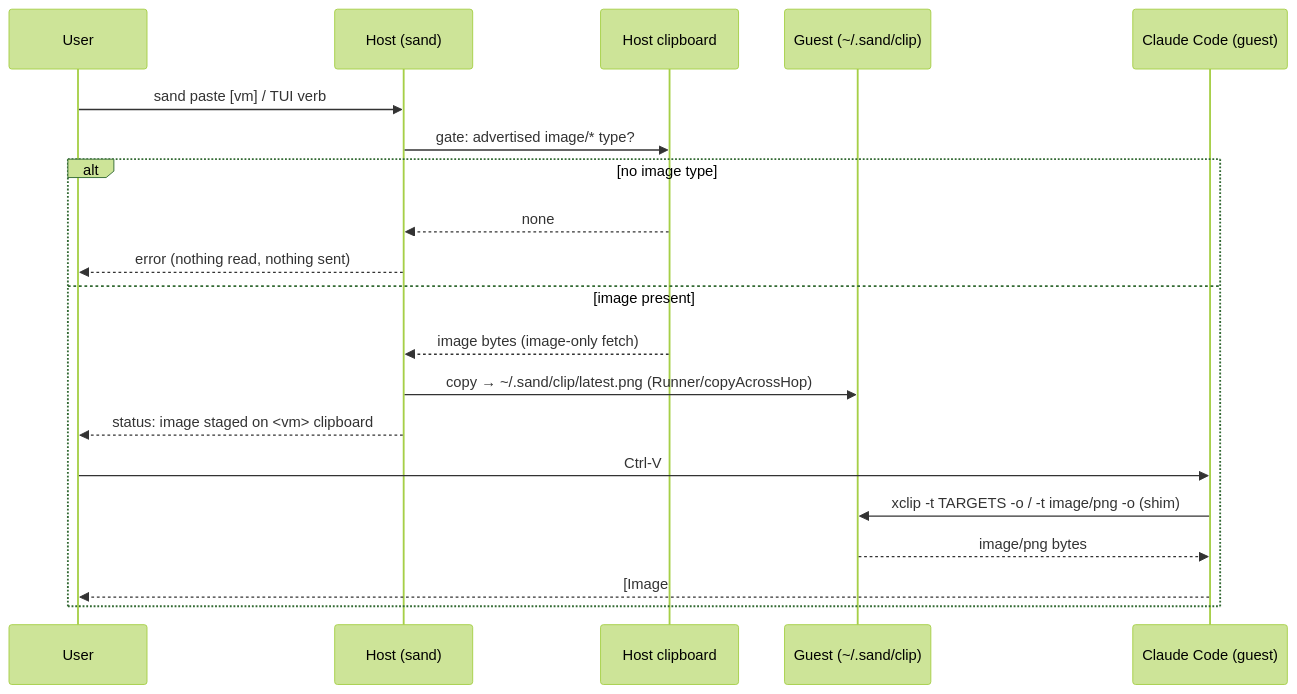
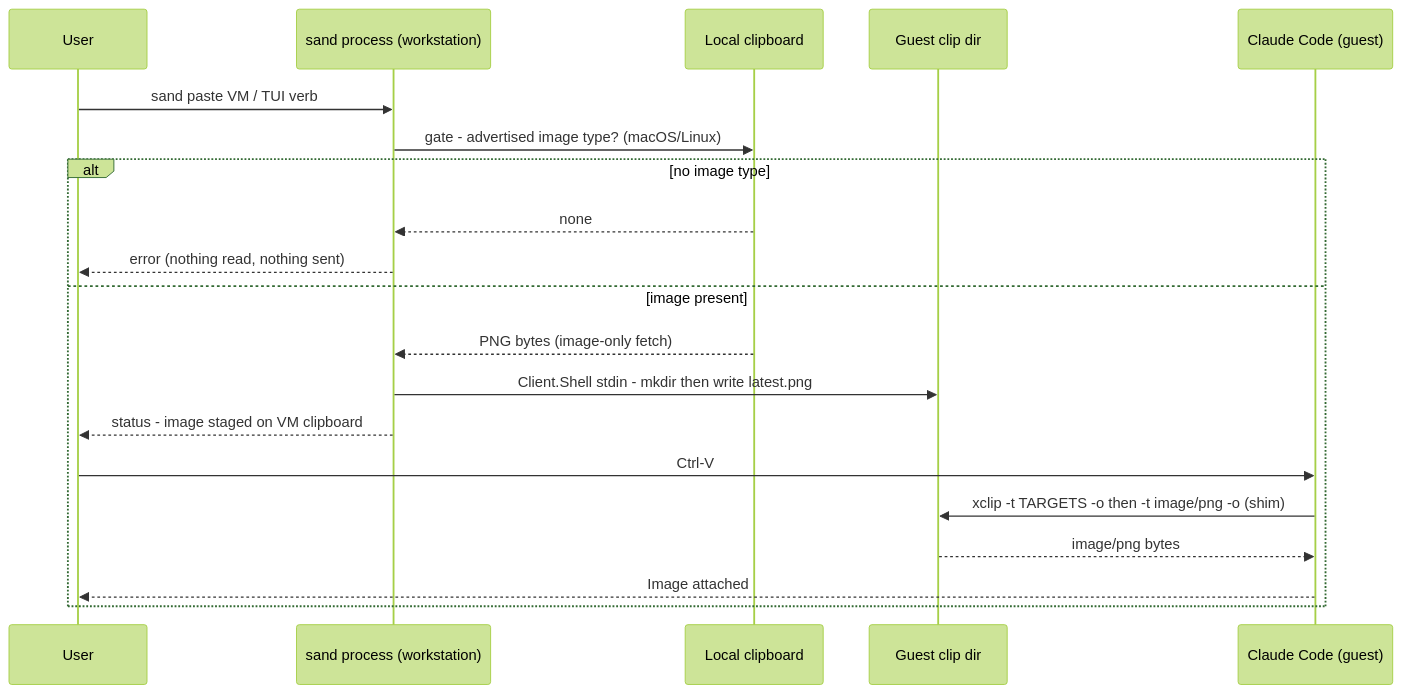
One commit to Lullabot/sandbar changed the diagram in .ai/strikethroo/plans/17--sand-paste-guest-clipboard/plan-17--sand-paste-guest-clipboard.md. Above: the diagram before and after it, drawn with Mermaid (forest theme). The commit also changed other lines of this file, not shown here.

First line of the commit message:
docs(plan): refine plan 17 — correct VM resolution, delivery, host scope

````diff
--- a/.ai/strikethroo/plans/17--sand-paste-guest-clipboard/plan-17--sand-paste-guest-clipboard.md
+++ b/.ai/strikethroo/plans/17--sand-paste-guest-clipboard/plan-17--sand-paste-guest-clipboard.md
@@ -135,22 +154,22 @@
 ```mermaid
 sequenceDiagram
     participant U as User
-    participant H as Host (sand)
-    participant HC as Host clipboard
-    participant G as Guest (~/.sand/clip)
+    participant H as sand process (workstation)
+    participant HC as Local clipboard
+    participant G as Guest clip dir
     participant CC as Claude Code (guest)
-    U->>H: sand paste [vm]  /  TUI verb
-    H->>HC: gate: advertised image/* type?
+    U->>H: sand paste VM  /  TUI verb
+    H->>HC: gate - advertised image type? (macOS/Linux)
     alt no image type
         HC-->>H: none
         H-->>U: error (nothing read, nothing sent)
     else image present
-        HC-->>H: image bytes (image-only fetch)
-        H->>G: copy → ~/.sand/clip/latest.png (Runner/copyAcrossHop)
-        H-->>U: status: image staged on <vm> clipboard
+        HC-->>H: PNG bytes (image-only fetch)
+        H->>G: Client.Shell stdin - mkdir then write latest.png
+        H-->>U: status - image staged on VM clipboard
         U->>CC: Ctrl-V
-        CC->>G: xclip -t TARGETS -o / -t image/png -o  (shim)
+        CC->>G: xclip -t TARGETS -o then -t image/png -o (shim)
         G-->>CC: image/png bytes
-        CC-->>U: [Image #N]
+        CC-->>U: Image attached
     end
 ```
````
